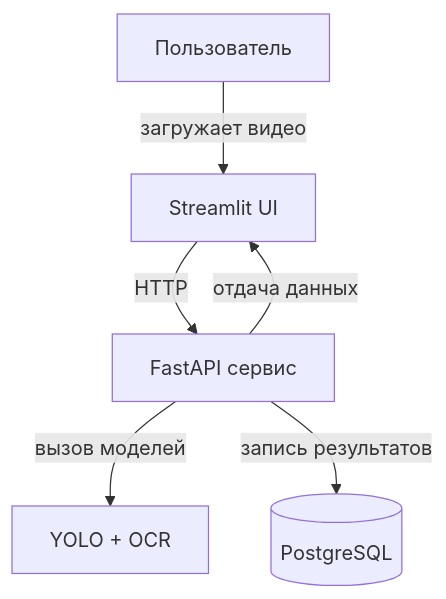
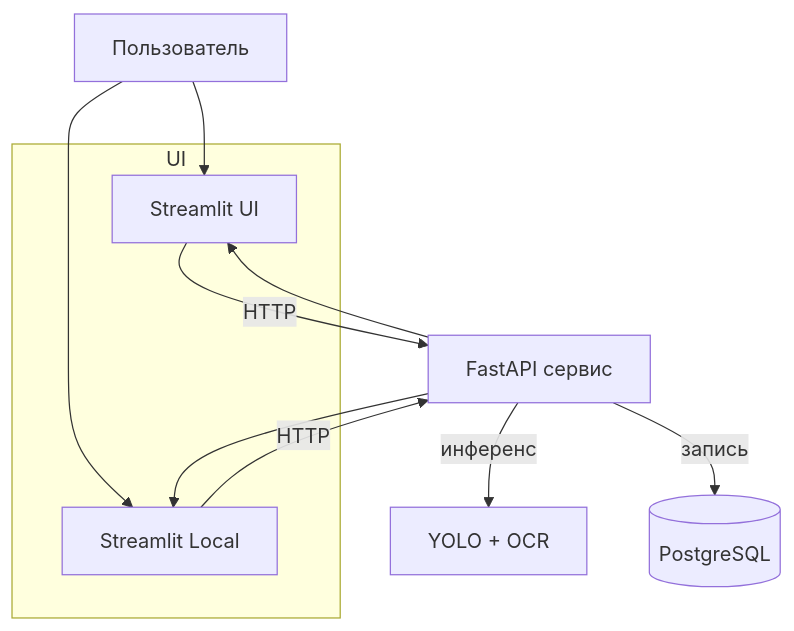
Before and after one commit to erofdmit/ml-system-design-aith: the second of 2 diagrams in docs/ml_system_design_doc.md, drawn with Mermaid. The commit also changed other lines of this file and 3 other files, not shown here.

````diff
--- a/docs/ml_system_design_doc.md
+++ b/docs/ml_system_design_doc.md
@@ -180,8 +180,15 @@
 ```mermaid
-graph TD
-    A[Пользователь] -- загружает видео --> B[Streamlit UI]
-    B -- HTTP --> C[FastAPI сервис]
-    C -- вызов моделей --> D[YOLO + OCR]
-    C -- запись результатов --> E[(PostgreSQL)]
-    C -- отдача данных --> B
+flowchart TD
+    subgraph UI
+        B1[Streamlit UI]
+        B2[Streamlit Local]
+    end
+    A[Пользователь] --> B1
+    A --> B2
+    B1 -- HTTP --> C[FastAPI сервис]
+    B2 -- HTTP --> C
+    C -- инференс --> D[YOLO + OCR]
+    C -- запись --> E[(PostgreSQL)]
+    C --> B1
+    C --> B2
 ```
````
